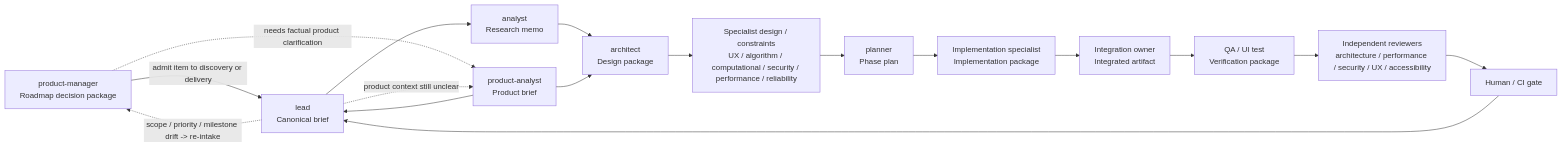
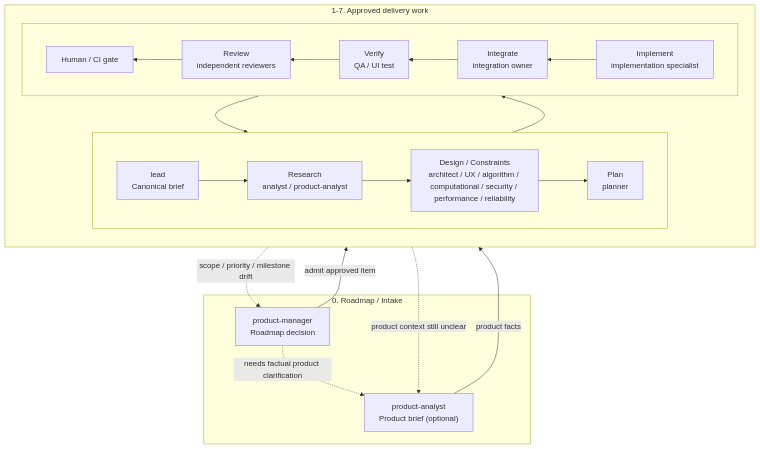
One commit to applicate2628/Orchestrarium changed the first of 4 diagrams in references/operating-model-diagram.md. Above: the diagram before and after it, drawn with Mermaid. The commit also changed other lines of this file and 1 other file, not shown here.

````diff
--- a/references/operating-model-diagram.md
+++ b/references/operating-model-diagram.md
@@ -7,32 +8,38 @@
 ```mermaid
-flowchart LR
-    PM["product-manager<br/>Roadmap decision package"]
-    PA["product-analyst<br/>Product brief"]
-    M["lead<br/>Canonical brief"]
-    A["analyst<br/>Research memo"]
-    AR["architect<br/>Design package"]
-    S["Specialist design / constraints<br/>UX / algorithm / computational / security / performance / reliability"]
-    P["planner<br/>Phase plan"]
-    I["Implementation specialist<br/>Implementation package"]
-    QA["QA / UI test<br/>Verification package"]
-    R["Independent reviewers<br/>architecture / performance / security / UX / accessibility"]
-    H["Human / CI gate"]
+flowchart TB
+    subgraph Intake["0. Roadmap / Intake"]
+        PM["product-manager<br/>Roadmap decision"]
+        PA["product-analyst<br/>Product brief (optional)"]
+        PM -. "needs factual product clarification" .-> PA
+    end
 
-    PM -->|"admit item to discovery or delivery"| M
-    PM -. "needs factual product clarification" .-> PA
-    PA --> M
-    M -. "scope / priority / milestone drift -> re-intake" .-> PM
+    subgraph Delivery["1-7. Approved delivery work"]
+        direction TB
+        subgraph Row1[" "]
+            direction LR
+            M["lead<br/>Canonical brief"]
+            A["Research<br/>analyst / product-analyst"]
+            D["Design / Constraints<br/>architect / UX / algorithm / computational / security / performance / reliability"]
+            P["Plan<br/>planner"]
+            M --> A --> D --> P
+        end
 
-    M --> A
+        subgraph Row2[" "]
+            direction RL
+            I["Implement<br/>implementation specialist"]
+            INT["Integrate<br/>integration owner"]
+            QA["Verify<br/>QA / UI test"]
+            R["Review<br/>independent reviewers"]
+            H["Human / CI gate"]
+            I --> INT --> QA --> R --> H
+        end
+    end
+
+    PM -->|"admit approved item"| M
+    PA -->|"product facts"| M
+    M -. "scope / priority / milestone drift" .-> PM
     M -. "product context still unclear" .-> PA
-    A --> AR
-    PA --> AR
-    AR --> S
-    S --> P
+
     P --> I
-    I --> INT["Integration owner<br/>Integrated artifact"]
-    INT --> QA
-    QA --> R
-    R --> H
     H --> M
 ```
````
